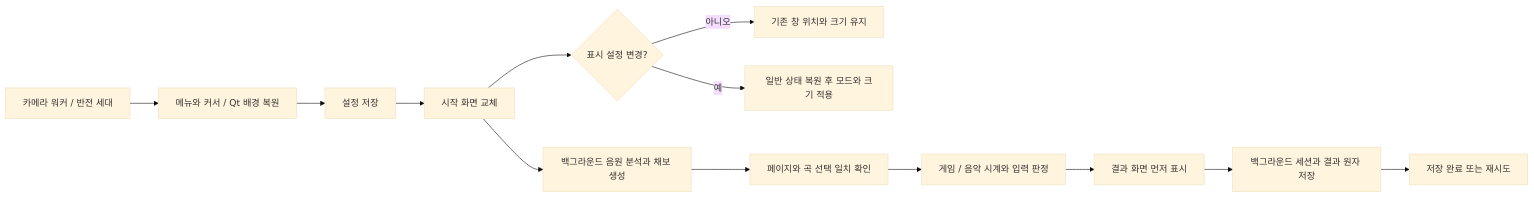
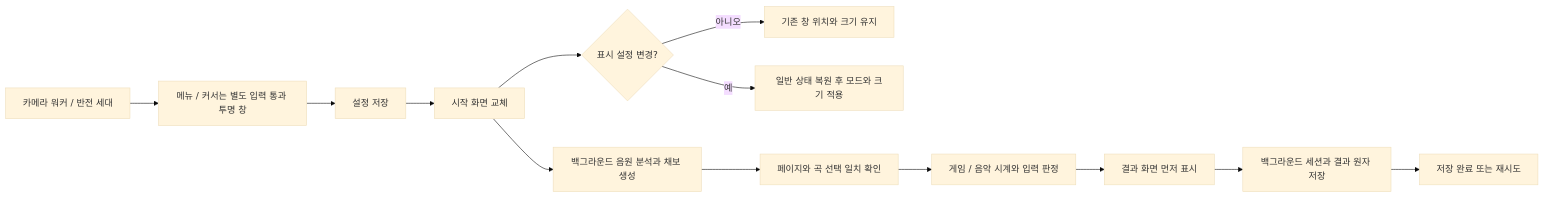
The diagram in diagrams/exhibition-stability.md (didtjr5080/Rythm-Game), drawn with Mermaid (base theme) before and after one commit. The commit also changed 8 other files, not shown here.

````diff
--- a/diagrams/exhibition-stability.md
+++ b/diagrams/exhibition-stability.md
@@ -3,15 +3,15 @@
 ```mermaid
 flowchart LR
-    Hand[카메라 워커 / 반전 세대] --> Menu[메뉴와 커서 / Qt 배경 복원]
+    Hand[카메라 워커 / 반전 세대] --> Menu[메뉴 / 커서는 별도 입력 통과 투명 창]
     Menu --> Save[설정 저장]
     Save --> Start[시작 화면 교체]
     Start --> Display{표시 설정 변경?}
     Display -->|아니오| Keep[기존 창 위치와 크기 유지]
     Display -->|예| Apply[일반 상태 복원 후 모드와 크기 적용]
     Start --> Job[백그라운드 음원 분석과 채보 생성]
     Job --> Guard[페이지와 곡 선택 일치 확인]
     Guard --> Game[게임 / 음악 시계와 입력 판정]
     Game --> Result[결과 화면 먼저 표시]
     Result --> IO[백그라운드 세션과 결과 원자 저장]
     IO --> Status[저장 완료 또는 재시도]
 ```
````
